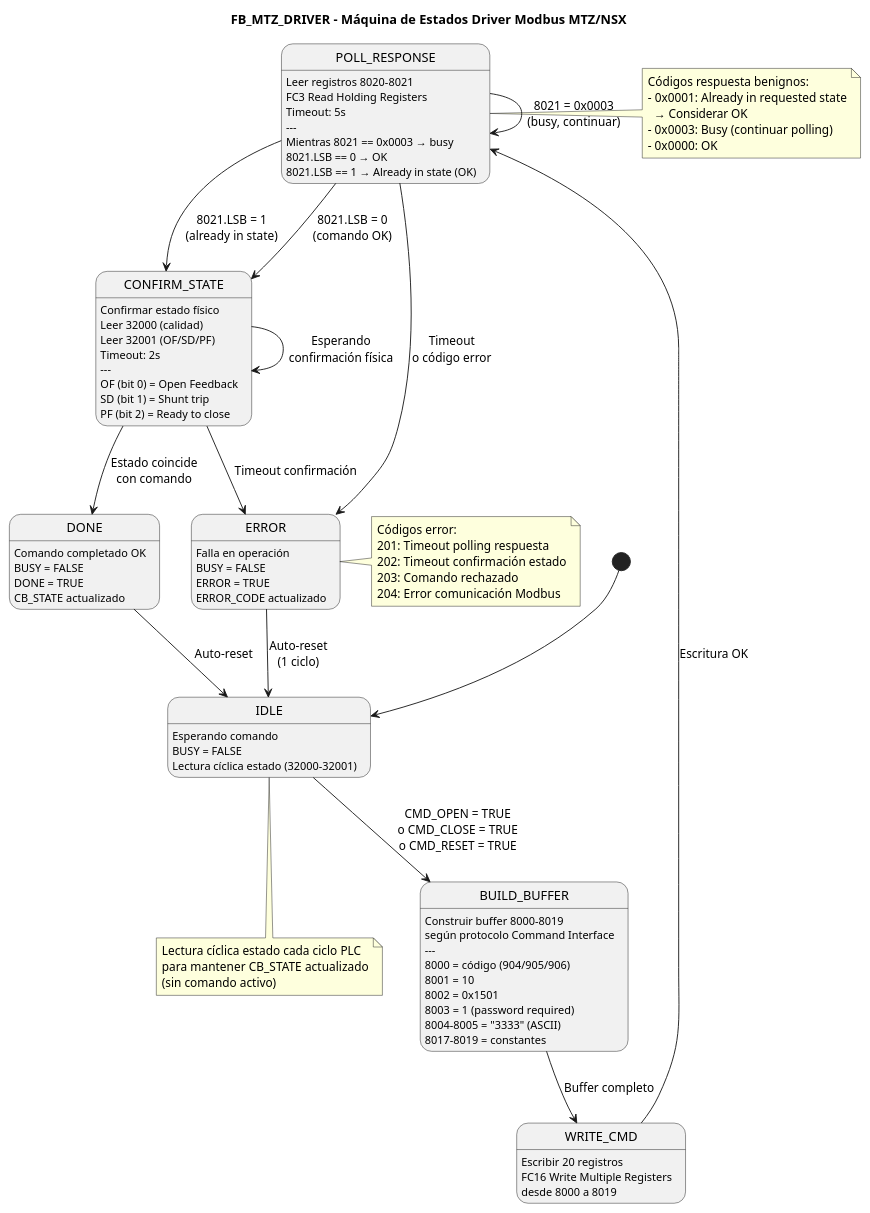
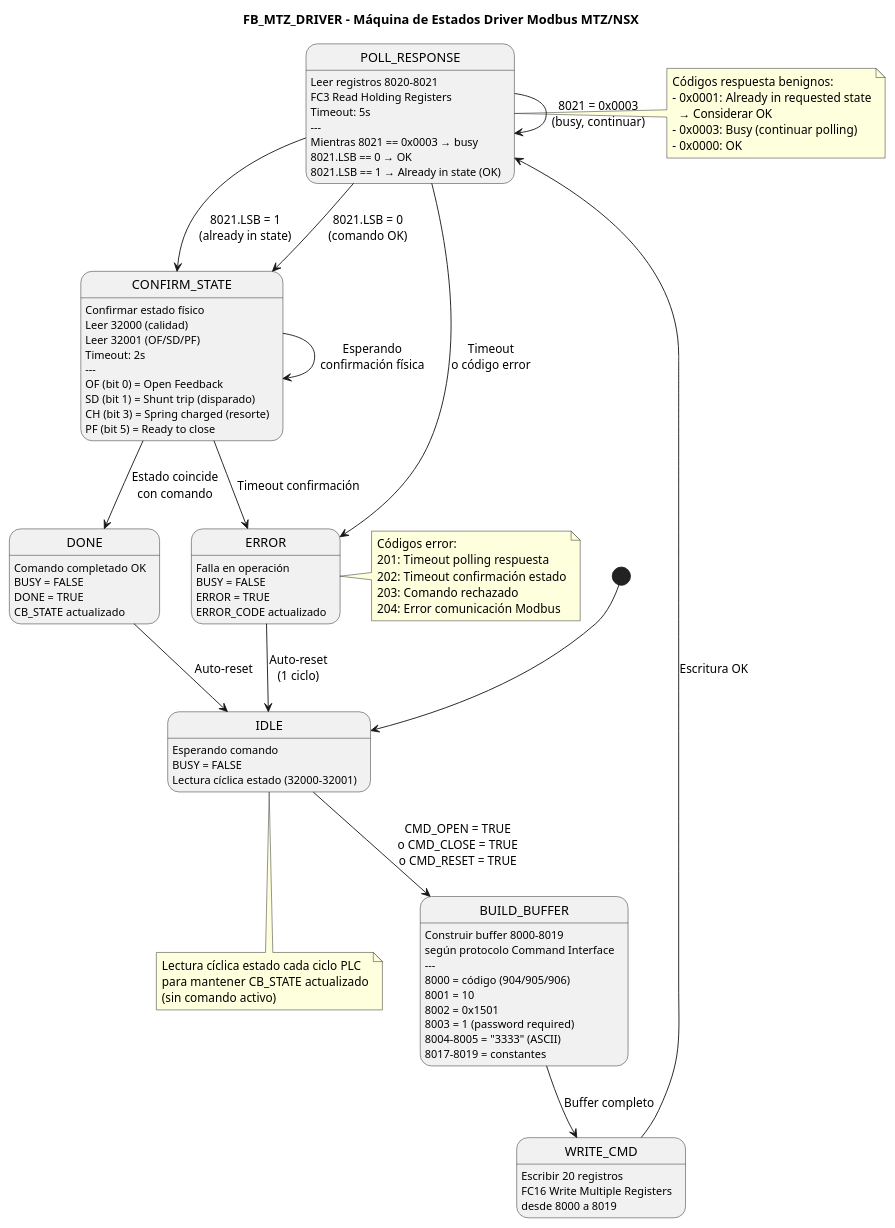
One commit to mariandamblena/Proyectos-PLC-TGBT changed the diagram in TGBT-Informacion de proyecto/TGBT/04_UML/12_UML_MTZ_Driver_StateMachine.puml. Above: the diagram before and after it, drawn with PlantUML. The commit also changed 21 other files, not shown here.

```diff
--- a/TGBT-Informacion de proyecto/TGBT/04_UML/12_UML_MTZ_Driver_StateMachine.puml
+++ b/TGBT-Informacion de proyecto/TGBT/04_UML/12_UML_MTZ_Driver_StateMachine.puml
@@ -1,107 +1,108 @@
 @startuml MTZ_Driver_StateMachine
 
 title FB_MTZ_DRIVER - Máquina de Estados Driver Modbus MTZ/NSX
 
 [*] --> IDLE
 
 state IDLE {
     IDLE : Esperando comando
     IDLE : BUSY = FALSE
     IDLE : Lectura cíclica estado (32000-32001)
 }
 
 IDLE --> BUILD_BUFFER : CMD_OPEN = TRUE\no CMD_CLOSE = TRUE\no CMD_RESET = TRUE
 
 state BUILD_BUFFER {
     BUILD_BUFFER : Construir buffer 8000-8019
     BUILD_BUFFER : según protocolo Command Interface
     BUILD_BUFFER : ---
     BUILD_BUFFER : 8000 = código (904/905/906)
     BUILD_BUFFER : 8001 = 10
     BUILD_BUFFER : 8002 = 0x1501
     BUILD_BUFFER : 8003 = 1 (password required)
     BUILD_BUFFER : 8004-8005 = "3333" (ASCII)
     BUILD_BUFFER : 8017-8019 = constantes
 }
 
 BUILD_BUFFER --> WRITE_CMD : Buffer completo
 
 state WRITE_CMD {
     WRITE_CMD : Escribir 20 registros
     WRITE_CMD : FC16 Write Multiple Registers
     WRITE_CMD : desde 8000 a 8019
 }
 
 WRITE_CMD --> POLL_RESPONSE : Escritura OK
 
 state POLL_RESPONSE {
     POLL_RESPONSE : Leer registros 8020-8021
     POLL_RESPONSE : FC3 Read Holding Registers
     POLL_RESPONSE : Timeout: 5s
     POLL_RESPONSE : ---
     POLL_RESPONSE : Mientras 8021 == 0x0003 → busy
     POLL_RESPONSE : 8021.LSB == 0 → OK
     POLL_RESPONSE : 8021.LSB == 1 → Already in state (OK)
 }
 
 POLL_RESPONSE --> POLL_RESPONSE : 8021 = 0x0003\n(busy, continuar)
 POLL_RESPONSE --> CONFIRM_STATE : 8021.LSB = 0\n(comando OK)
 POLL_RESPONSE --> CONFIRM_STATE : 8021.LSB = 1\n(already in state)
 POLL_RESPONSE --> ERROR : Timeout\no código error
 
 state CONFIRM_STATE {
     CONFIRM_STATE : Confirmar estado físico
     CONFIRM_STATE : Leer 32000 (calidad)
     CONFIRM_STATE : Leer 32001 (OF/SD/PF)
     CONFIRM_STATE : Timeout: 2s
     CONFIRM_STATE : ---
     CONFIRM_STATE : OF (bit 0) = Open Feedback
-    CONFIRM_STATE : SD (bit 1) = Shunt trip
-    CONFIRM_STATE : PF (bit 2) = Ready to close
+    CONFIRM_STATE : SD (bit 1) = Shunt trip (disparado)
+    CONFIRM_STATE : CH (bit 3) = Spring charged (resorte)
+    CONFIRM_STATE : PF (bit 5) = Ready to close
 }
 
 CONFIRM_STATE --> DONE : Estado coincide\ncon comando
 CONFIRM_STATE --> CONFIRM_STATE : Esperando\nconfirmación física
 CONFIRM_STATE --> ERROR : Timeout confirmación
 
 state DONE {
     DONE : Comando completado OK
     DONE : BUSY = FALSE
     DONE : DONE = TRUE
     DONE : CB_STATE actualizado
 }
 
 DONE --> IDLE : Auto-reset
 
 state ERROR {
     ERROR : Falla en operación
     ERROR : BUSY = FALSE
     ERROR : ERROR = TRUE
     ERROR : ERROR_CODE actualizado
 }
 
 ERROR --> IDLE : Auto-reset\n(1 ciclo)
 
 note right of POLL_RESPONSE
     Códigos respuesta benignos:
     - 0x0001: Already in requested state
       → Considerar OK
     - 0x0003: Busy (continuar polling)
     - 0x0000: OK
 end note
 
 note right of ERROR
     Códigos error:
     201: Timeout polling respuesta
     202: Timeout confirmación estado
     203: Comando rechazado
     204: Error comunicación Modbus
 end note
 
 note bottom of IDLE
     Lectura cíclica estado cada ciclo PLC
     para mantener CB_STATE actualizado
     (sin comando activo)
 end note
 
 @enduml
```
